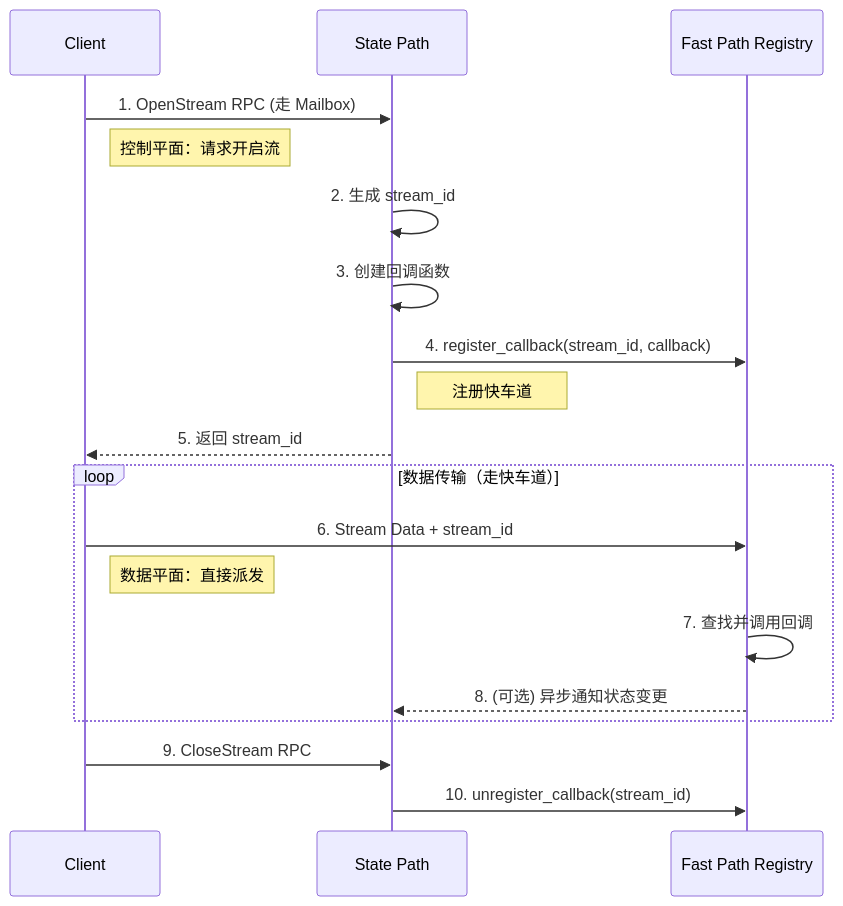
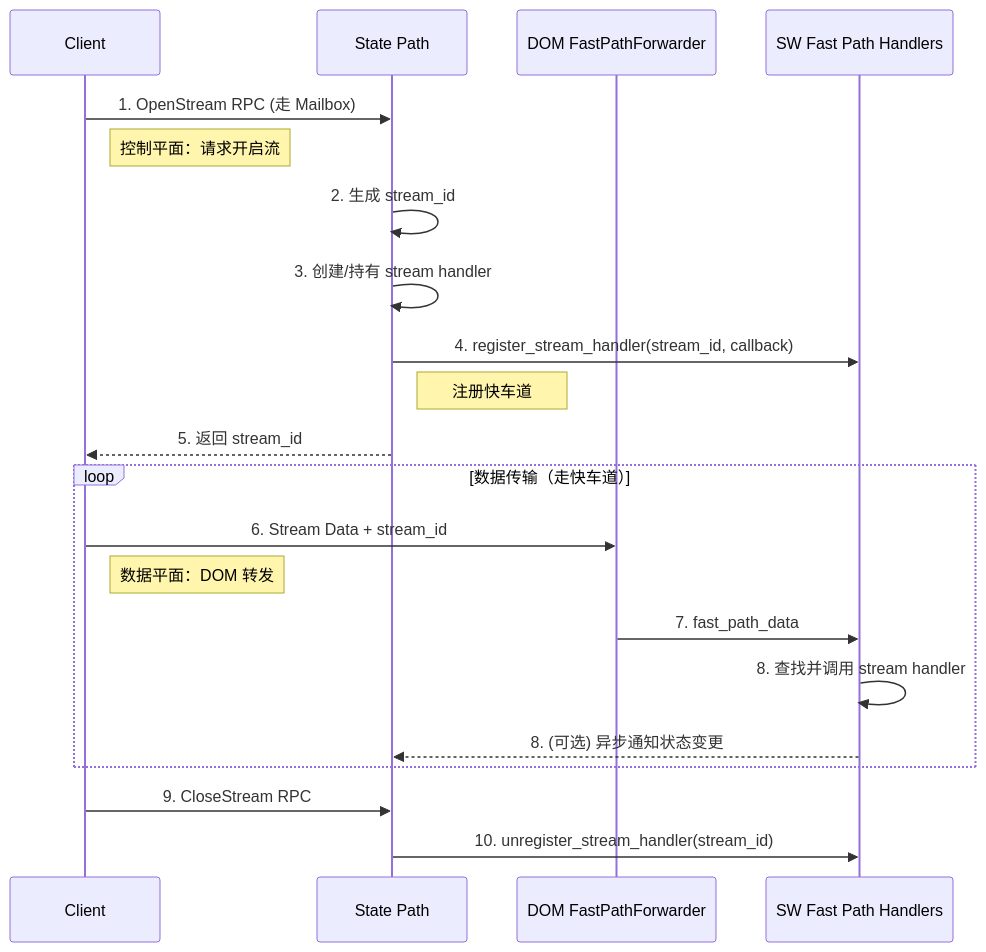
One commit to Actrium/actr changed the diagram in bindings/web/docs/architecture/dual-layer.zh.md. Above: the diagram before and after it, drawn with Mermaid. The commit also changed other lines of this file and 602 other files, not shown here.

````diff
--- a/bindings/web/docs/architecture/dual-layer.zh.md
+++ b/bindings/web/docs/architecture/dual-layer.zh.md
@@ -59,26 +61,28 @@
 ```mermaid
 sequenceDiagram
     participant Client
     participant StatePath as State Path
-    participant FastPath as Fast Path Registry
+    participant DomForwarder as DOM FastPathForwarder
+    participant FastPath as SW Fast Path Handlers
 
     Client->>StatePath: 1. OpenStream RPC (走 Mailbox)
     note right of Client: 控制平面：请求开启流
 
     StatePath->>StatePath: 2. 生成 stream_id
-    StatePath->>StatePath: 3. 创建回调函数
-    StatePath->>FastPath: 4. register_callback(stream_id, callback)
+    StatePath->>StatePath: 3. 创建/持有 stream handler
+    StatePath->>FastPath: 4. register_stream_handler(stream_id, callback)
     note right of StatePath: 注册快车道
 
     StatePath-->>Client: 5. 返回 stream_id
 
     loop 数据传输（走快车道）
-        Client->>FastPath: 6. Stream Data + stream_id
-        note right of Client: 数据平面：直接派发
-        FastPath->>FastPath: 7. 查找并调用回调
+        Client->>DomForwarder: 6. Stream Data + stream_id
+        note right of Client: 数据平面：DOM 转发
+        DomForwarder->>FastPath: 7. fast_path_data
+        FastPath->>FastPath: 8. 查找并调用 stream handler
         FastPath-->>StatePath: 8. (可选) 异步通知状态变更
     end
 
     Client->>StatePath: 9. CloseStream RPC
-    StatePath->>FastPath: 10. unregister_callback(stream_id)
+    StatePath->>FastPath: 10. unregister_stream_handler(stream_id)
 ```
````
